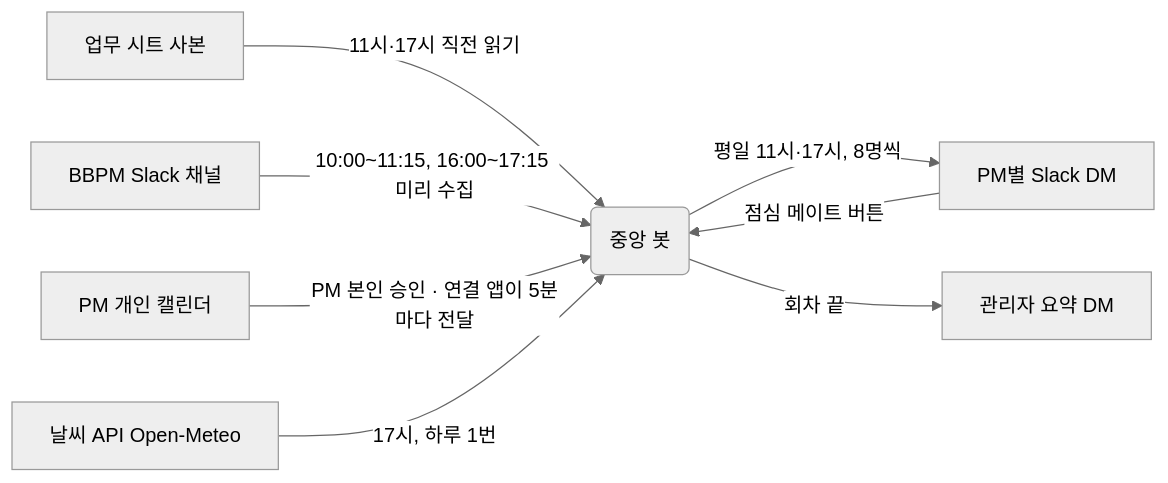
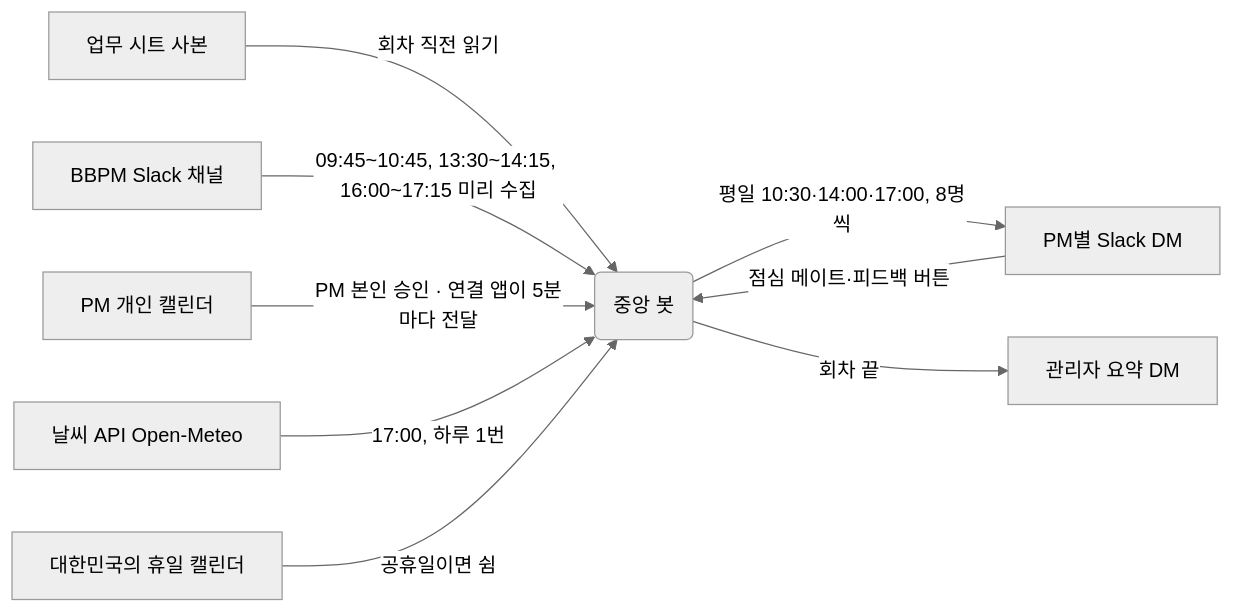
The diagram in README.md (brotherweek2/slack-pm-briefing-assistant), drawn with Mermaid (neutral theme) before and after one commit. The commit also changed other lines of this file and 40 other files, not shown here.

````diff
--- a/README.md
+++ b/README.md
@@ -48,10 +53,11 @@
 ```mermaid
 flowchart LR
-  A[업무 시트 사본] -->|11시·17시 직전 읽기| C(중앙 봇)
-  B[BBPM Slack 채널] -->|10:00~11:15, 16:00~17:15 미리 수집| C
+  A[업무 시트 사본] -->|회차 직전 읽기| C(중앙 봇)
+  B[BBPM Slack 채널] -->|09:45~10:45, 13:30~14:15, 16:00~17:15 미리 수집| C
   D[PM 개인 캘린더] -->|PM 본인 승인 · 연결 앱이 5분마다 전달| C
-  C -->|평일 11시·17시, 8명씩| E[PM별 Slack DM]
+  C -->|평일 10:30·14:00·17:00, 8명씩| E[PM별 Slack DM]
   C -->|회차 끝| F[관리자 요약 DM]
-  E -->|점심 메이트 버튼| C
-  G[날씨 API Open-Meteo] -->|17시, 하루 1번| C
+  E -->|점심 메이트·피드백 버튼| C
+  G[날씨 API Open-Meteo] -->|17:00, 하루 1번| C
+  H[대한민국의 휴일 캘린더] -->|공휴일이면 쉼| C
 ```
````
